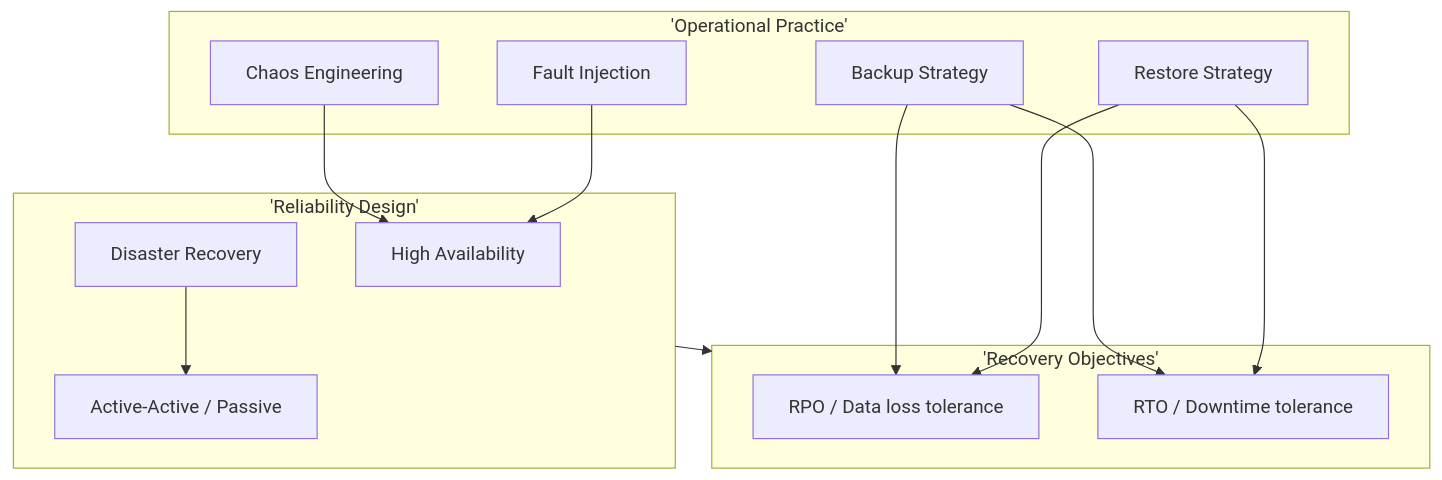
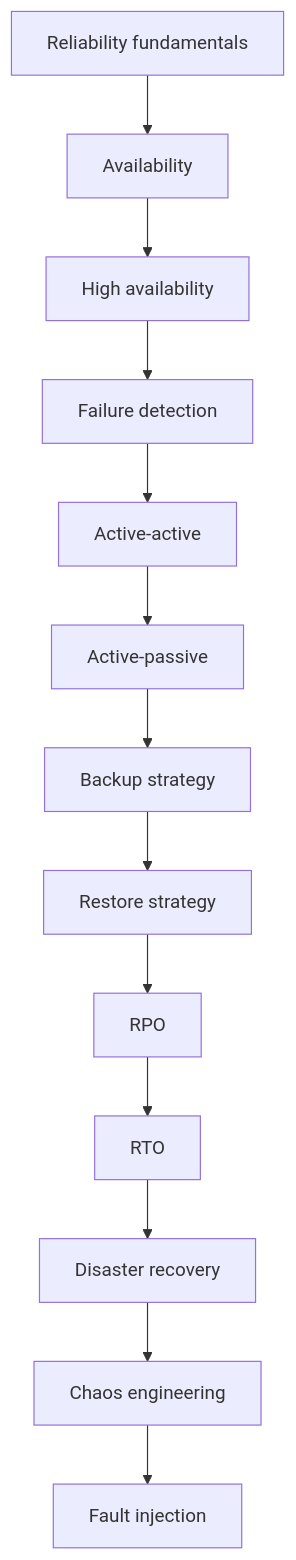
Before and after one commit to hareramcse/SystemDesign: the first of 34 diagrams in 12-reliability-engineering/README.md, drawn with Mermaid. The commit also changed other lines of this file and 1 other file, not shown here.

````diff
--- a/12-reliability-engineering/README.md
+++ b/12-reliability-engineering/README.md
@@ -30,25 +13,15 @@
 ```mermaid
 flowchart TB
-    subgraph Design['Reliability Design']
-        HA[High Availability]
-        AA[Active-Active / Passive]
-        DR[Disaster Recovery]
-    end
-
-    subgraph Metrics['Recovery Objectives']
-        RPO[RPO / Data loss tolerance]
-        RTO[RTO / Downtime tolerance]
-    end
-
-    subgraph Practice['Operational Practice']
-        BK[Backup Strategy]
-        RS[Restore Strategy]
-        CE[Chaos Engineering]
-        FI[Fault Injection]
-    end
-
-    Design --> Metrics
-    BK & RS --> RPO & RTO
-    CE & FI --> HA
-    DR --> AA
+    Fund[Reliability fundamentals] --> Avail[Availability]
+    Avail --> HA[High availability]
+    HA --> FD[Failure detection]
+    FD --> AA[Active-active]
+    AA --> AP[Active-passive]
+    AP --> Backup[Backup strategy]
+    Backup --> Restore[Restore strategy]
+    Restore --> RPO
+    RPO --> RTO
+    RTO --> DR[Disaster recovery]
+    DR --> Chaos[Chaos engineering]
+    Chaos --> FI[Fault injection]
 ```
````
